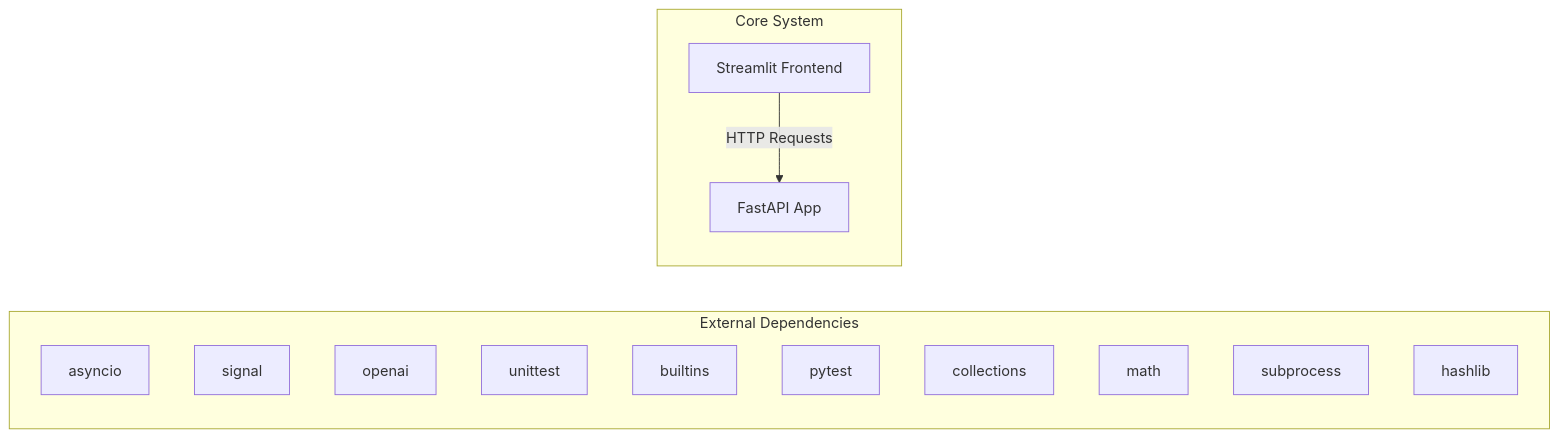
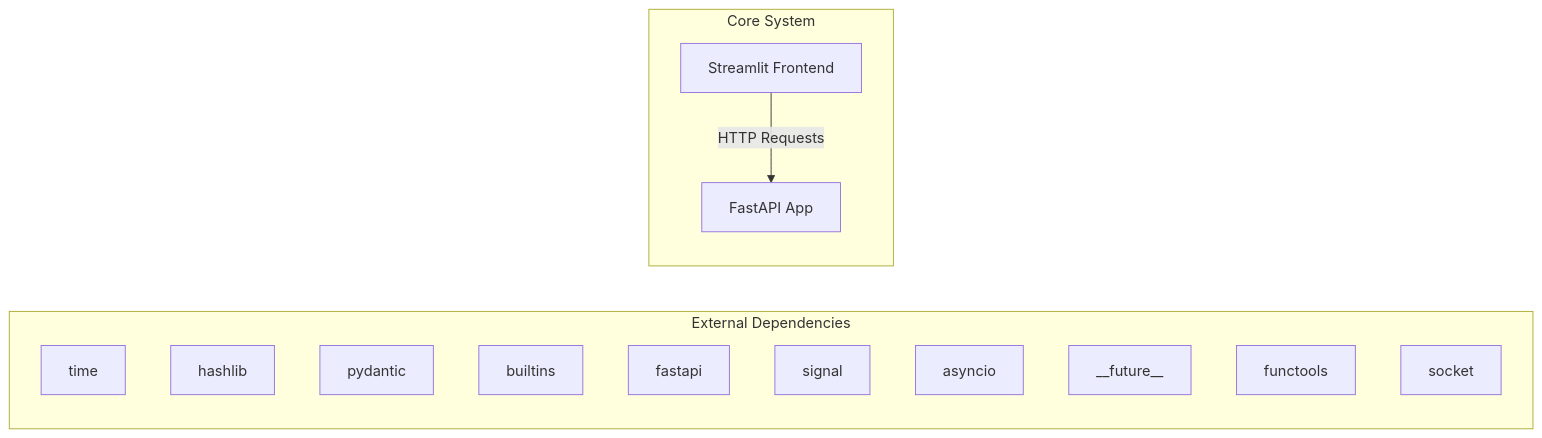
One commit to NITISH-R-G/rag-context-optimizer changed the first of 2 diagrams in docs/architecture.md. Above: the diagram before and after it, drawn with Mermaid. The commit also changed other lines of this file and 1 other file, not shown here.

Commit message:
docs: auto-update repository knowledge, architecture diagrams, and documentation

````diff
--- a/docs/architecture.md
+++ b/docs/architecture.md
@@ -7,20 +7,20 @@
 ```mermaid
 graph LR
     subgraph External Dependencies
-        E0["asyncio"]
-        E1["signal"]
-        E2["openai"]
-        E3["unittest"]
-        E4["builtins"]
-        E5["pytest"]
-        E6["collections"]
-        E7["math"]
-        E8["subprocess"]
-        E9["hashlib"]
+        E0["time"]
+        E1["hashlib"]
+        E2["pydantic"]
+        E3["builtins"]
+        E4["fastapi"]
+        E5["signal"]
+        E6["asyncio"]
+        E7["__future__"]
+        E8["functools"]
+        E9["socket"]
     end
     subgraph Core System
         API["FastAPI App"]
         UI["Streamlit Frontend"]
     end
     UI -->|HTTP Requests| API
 ```
````
